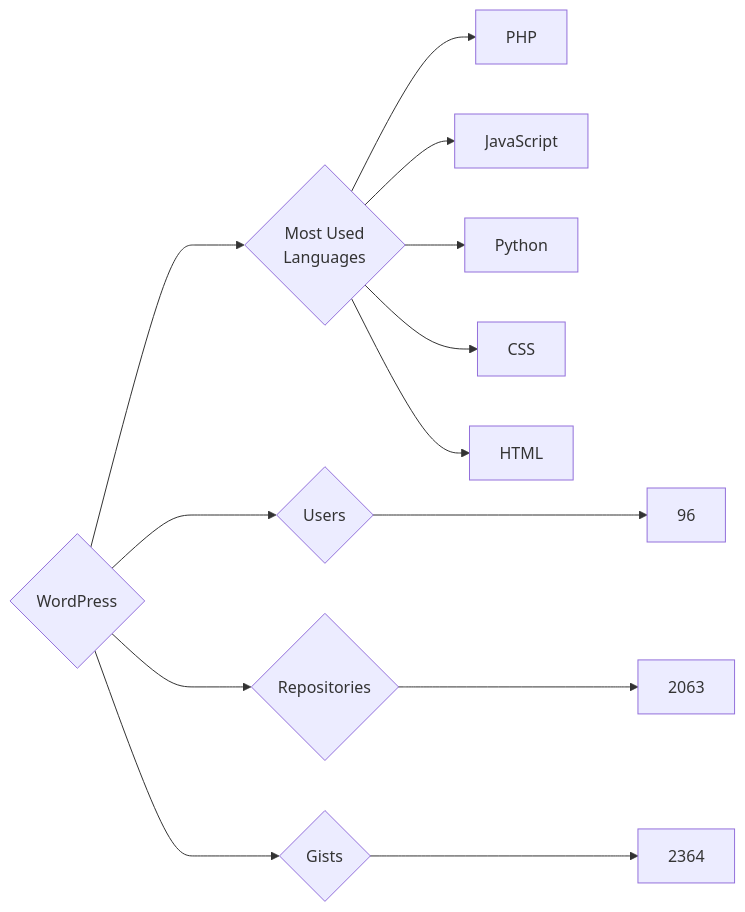
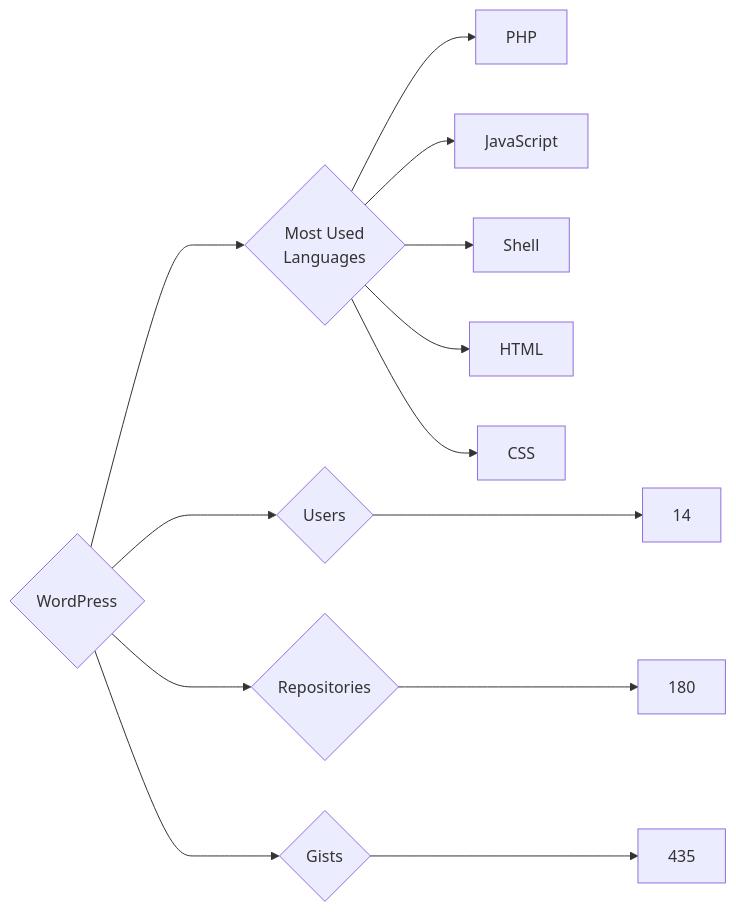
One commit to trickest/insiders changed the diagram in targets/WordPress/README.md. Above: the diagram before and after it, drawn with Mermaid. The commit also changed 829 other files, not shown here.

````diff
--- a/targets/WordPress/README.md
+++ b/targets/WordPress/README.md
@@ -3,13 +3,13 @@
 ```mermaid
 graph LR
 COMPANY_NAME{WordPress}
-COMPANY_NAME ---> U{Users} ---> UN[96]
-COMPANY_NAME ---> R{Repositories} ---> RN[2063]
-COMPANY_NAME ---> G{Gists} ---> GN[2364]
+COMPANY_NAME ---> U{Users} ---> UN[14]
+COMPANY_NAME ---> R{Repositories} ---> RN[180]
+COMPANY_NAME ---> G{Gists} ---> GN[435]
 COMPANY_NAME ---> ML{Most Used<br>Languages}
 ML --> PHP[PHP]
 ML --> JavaScript[JavaScript]
-ML --> Python[Python]
+ML --> Shell[Shell]
+ML --> HTML[HTML]
 ML --> CSS[CSS]
-ML --> HTML[HTML]
 ```
````
